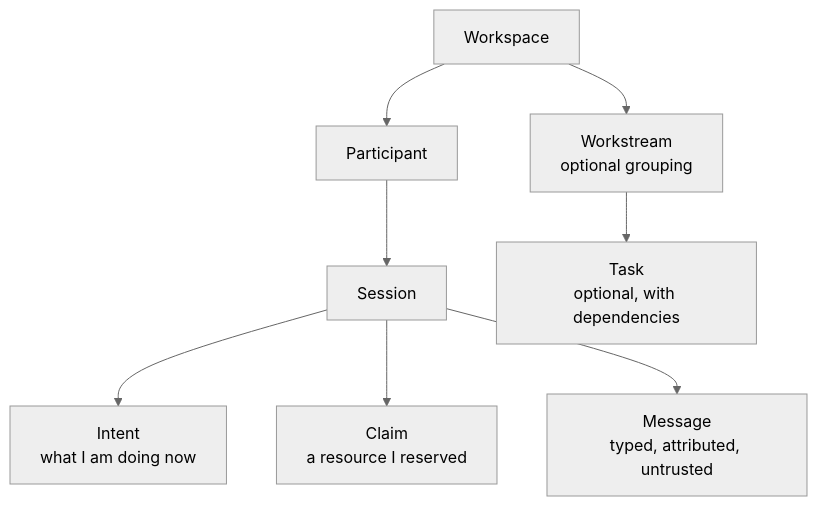
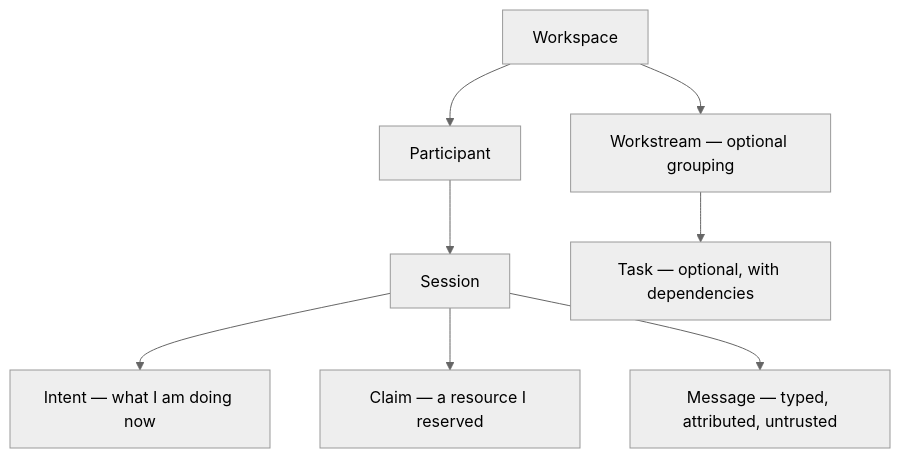
Before and after one commit to automatis-tools/agents-can-communicate: the second of 3 diagrams in docs/CONCEPTS.md, drawn with Mermaid (neutral theme). The commit also changed other lines of this file and 2 other files, not shown here.

````diff
--- a/docs/CONCEPTS.md
+++ b/docs/CONCEPTS.md
@@ -88,10 +81,10 @@
 ```mermaid
 graph TB
   W[Workspace] --> P[Participant]
   P --> S[Session]
-  S --> I[Intent<br/>what I am doing now]
-  S --> C[Claim<br/>a resource I reserved]
-  S --> M[Message<br/>typed, attributed, untrusted]
-  W --> WS[Workstream<br/>optional grouping]
-  WS --> T[Task<br/>optional, with dependencies]
+  S --> I["Intent — what I am doing now"]
+  S --> C["Claim — a resource I reserved"]
+  S --> M["Message — typed, attributed, untrusted"]
+  W --> WS["Workstream — optional grouping"]
+  WS --> T["Task — optional, with dependencies"]
 ```
````
